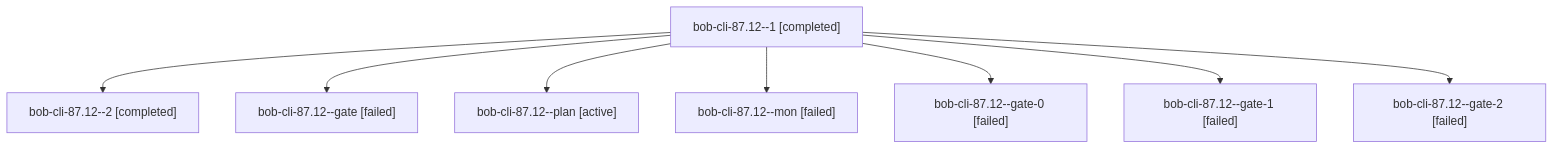
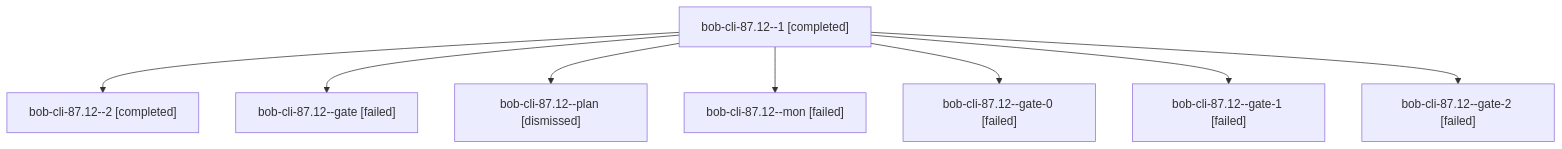
The diagram in sessions/bbugyi200.athena.bob-cli-87.12.md (bobs-org/bob-cli--agents), drawn with Mermaid before and after one commit. The commit also changed other lines of this file and 210 other files, not shown here.

````diff
--- a/sessions/bbugyi200.athena.bob-cli-87.12.md
+++ b/sessions/bbugyi200.athena.bob-cli-87.12.md
@@ -9,18 +9,18 @@
 ```mermaid
 flowchart TD
   n0["bob-cli-87.12--1 [completed]"]
   n1["bob-cli-87.12--2 [completed]"]
   n0 --> n1
   n2["bob-cli-87.12--gate [failed]"]
   n0 --> n2
-  n3["bob-cli-87.12--plan [active]"]
+  n3["bob-cli-87.12--plan [dismissed]"]
   n0 --> n3
   n4["bob-cli-87.12--mon [failed]"]
   n0 --> n4
   n5["bob-cli-87.12--gate-0 [failed]"]
   n0 --> n5
   n6["bob-cli-87.12--gate-1 [failed]"]
   n0 --> n6
   n7["bob-cli-87.12--gate-2 [failed]"]
   n0 --> n7
 ```
````
